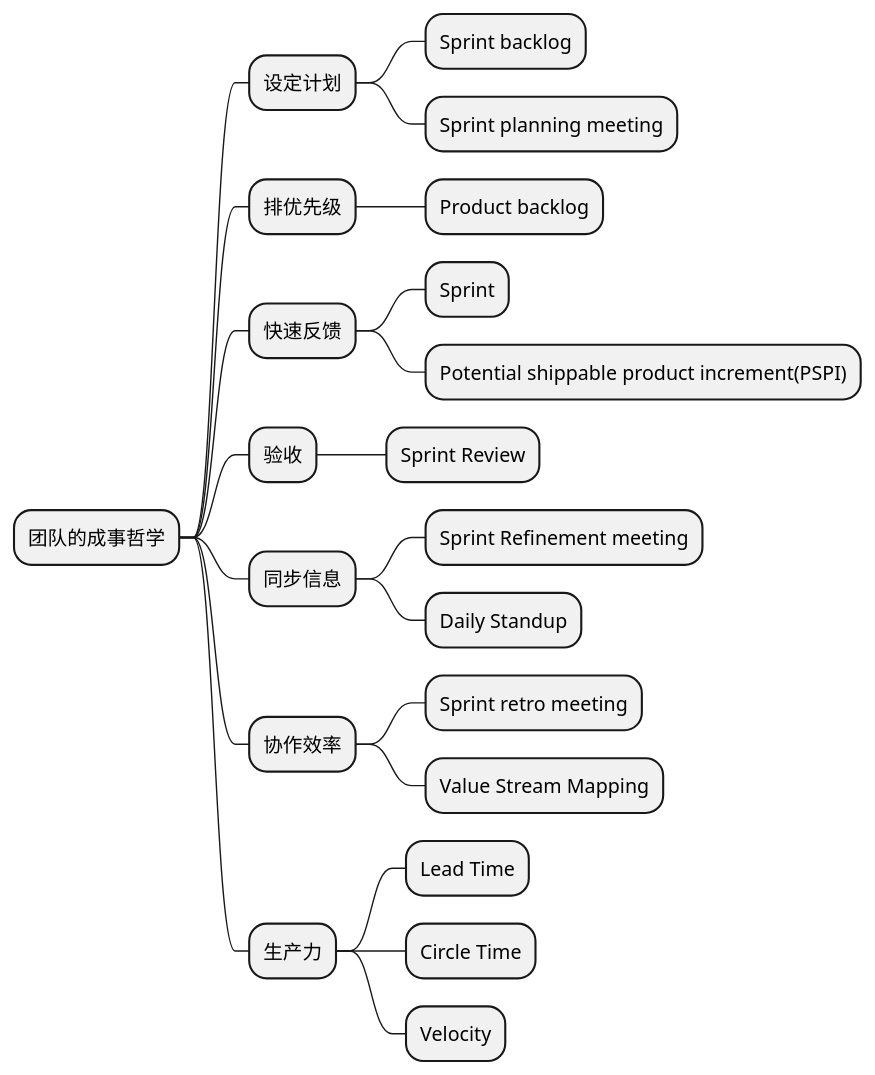
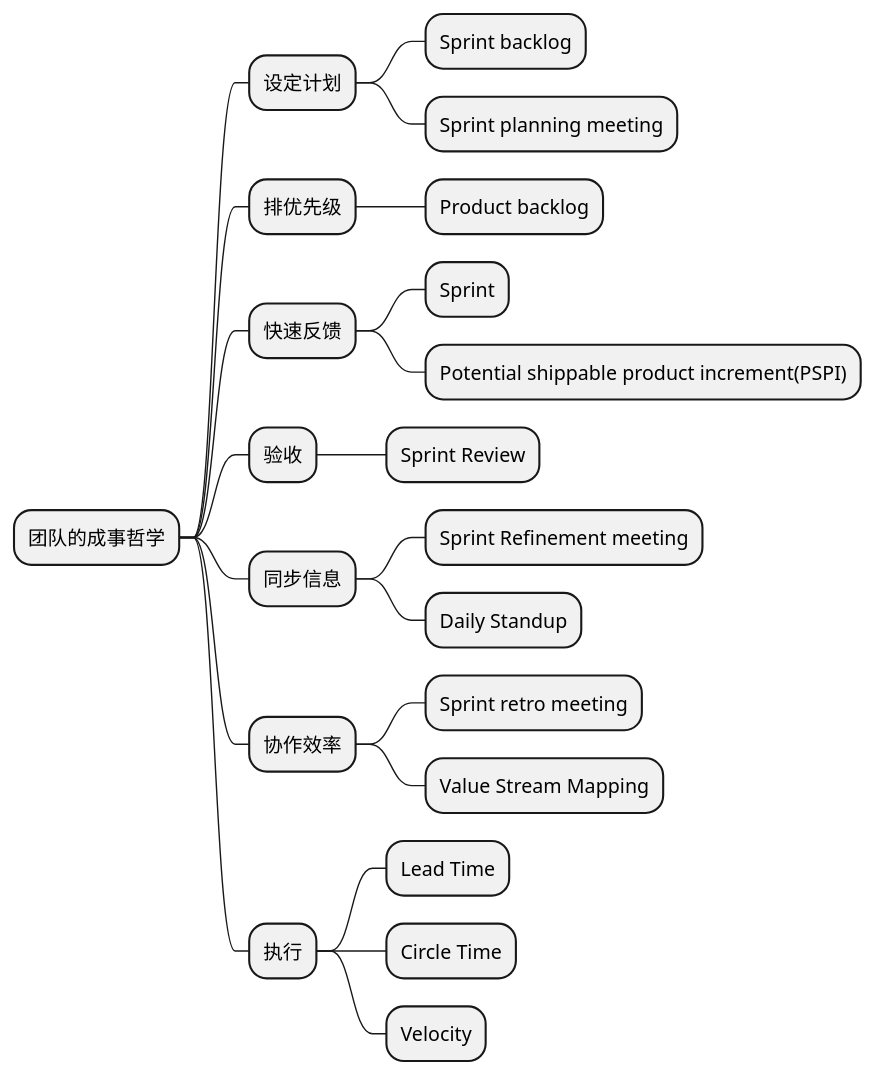
The ninth of 12 diagrams in content/insights/what_is_agile/index.zh-cn.raw.md (lem-org/lem-org.github.io), drawn with PlantUML before and after one commit. The commit also changed other lines of this file and 14 other files, not shown here.

````diff
--- a/content/insights/what_is_agile/index.zh-cn.raw.md
+++ b/content/insights/what_is_agile/index.zh-cn.raw.md
@@ -168,25 +202,25 @@
 ```plantuml
 @startmindmap
 * 团队的成事哲学
     * 设定计划
         * Sprint backlog
         * Sprint planning meeting
     * 排优先级
         * Product backlog
     * 快速反馈
         * Sprint
         * Potential shippable product increment(PSPI)
     * 验收
         * Sprint Review
     * 同步信息
         * Sprint Refinement meeting
         * Daily Standup
     * 协作效率
         * Sprint retro meeting
         * Value Stream Mapping
-    * 生产力
+    * 执行
         * Lead Time
         * Circle Time
         * Velocity
 @endmindmap
 ```
````
